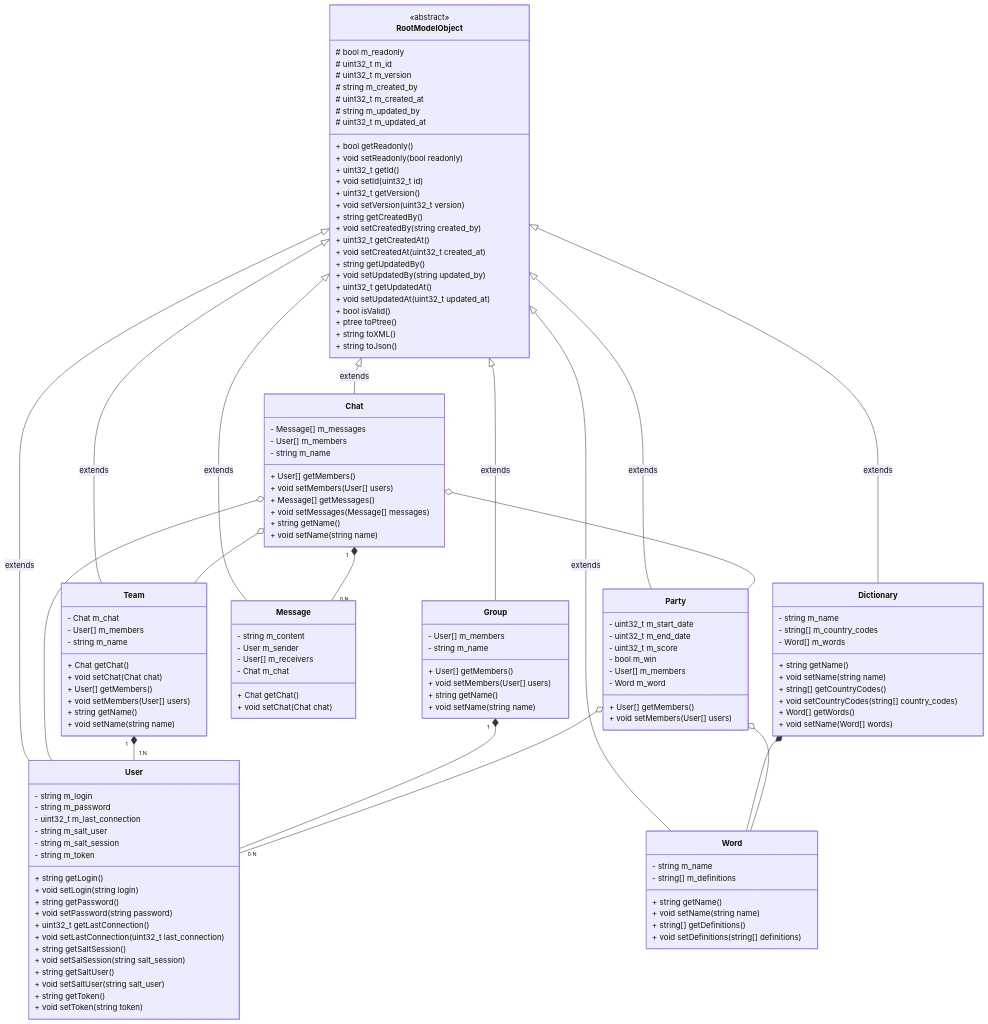
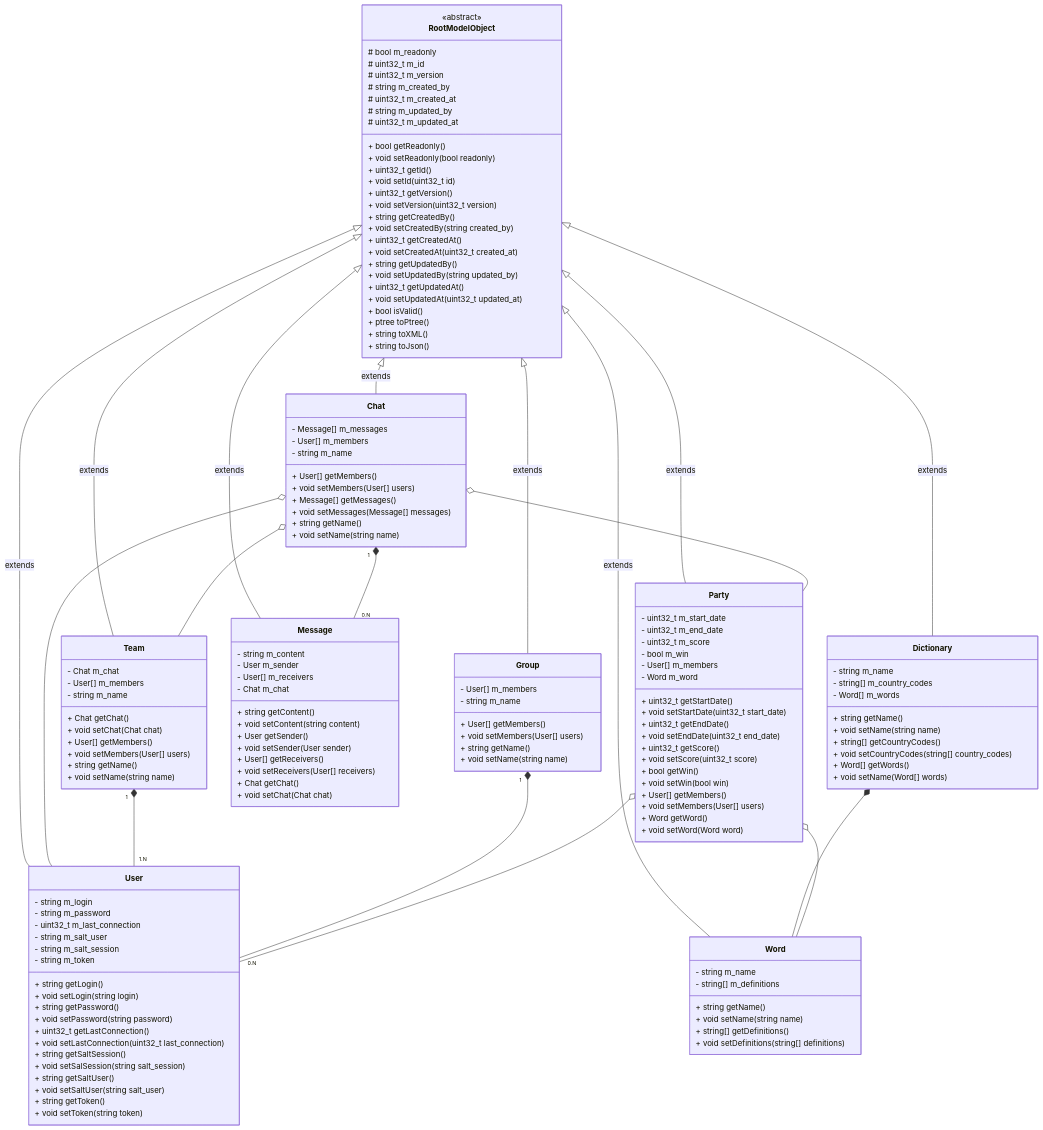
One commit to MGuillaumeF/hangman-game changed the diagram in wiki/dev-rules.md. Above: the diagram before and after it, drawn with Mermaid.

```diff
--- a/wiki/dev-rules.md
+++ b/wiki/dev-rules.md
@@ -145,12 +145,28 @@
 Party : - bool m_win
 Party : - User[] m_members
 Party : - Word m_word
+Party : + uint32_t getStartDate()
+Party : + void setStartDate(uint32_t start_date)
+Party : + uint32_t getEndDate()
+Party : + void setEndDate(uint32_t end_date)
+Party : + uint32_t getScore()
+Party : + void setScore(uint32_t score)
+Party : + bool getWin()
+Party : + void setWin(bool win)
 Party : + User[] getMembers()
 Party : + void setMembers(User[] users)
+Party : + Word getWord()
+Party : + void setWord(Word word)
 Message : - string m_content
 Message : - User m_sender
 Message : - User[] m_receivers
 Message : - Chat m_chat
+Message : + string getContent()
+Message : + void setContent(string content)
+Message : + User getSender()
+Message : + void setSender(User sender)
+Message : + User[] getReceivers()
+Message : + void setReceivers(User[] receivers)
 Message : + Chat getChat()
 Message : + void setChat(Chat chat)
 Chat : - Message[] m_messages
```
